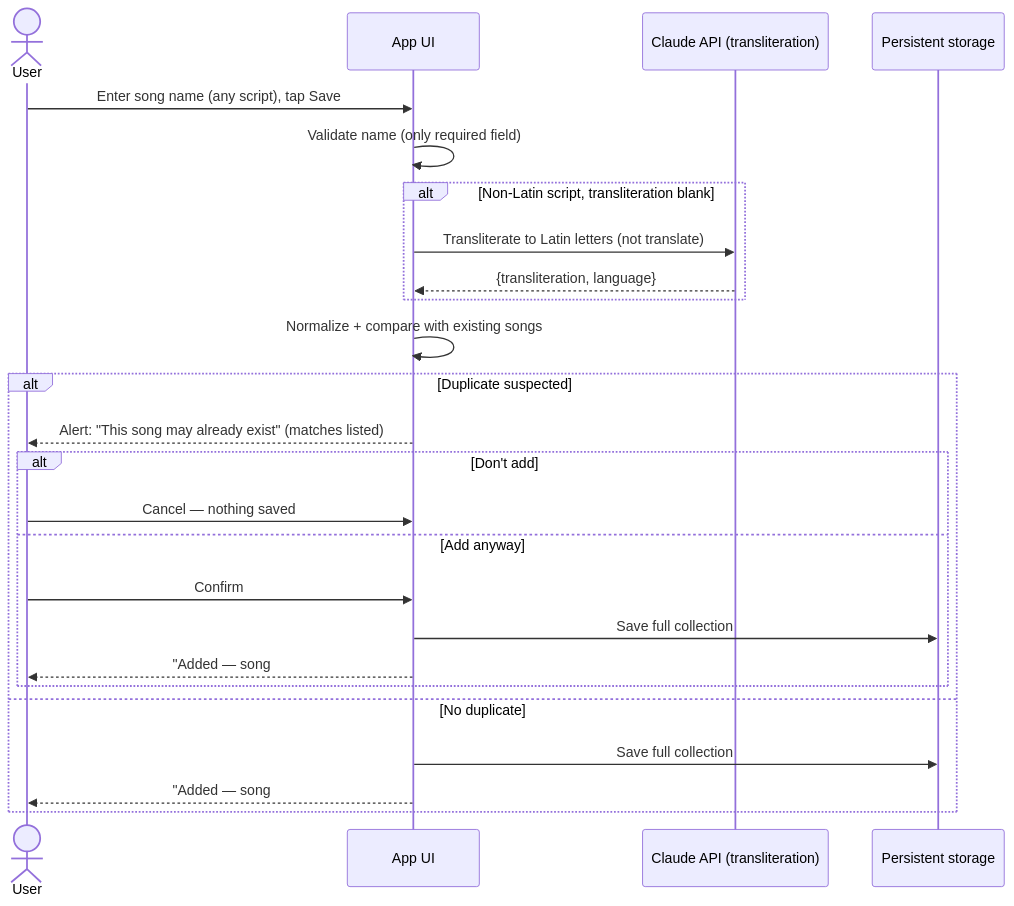
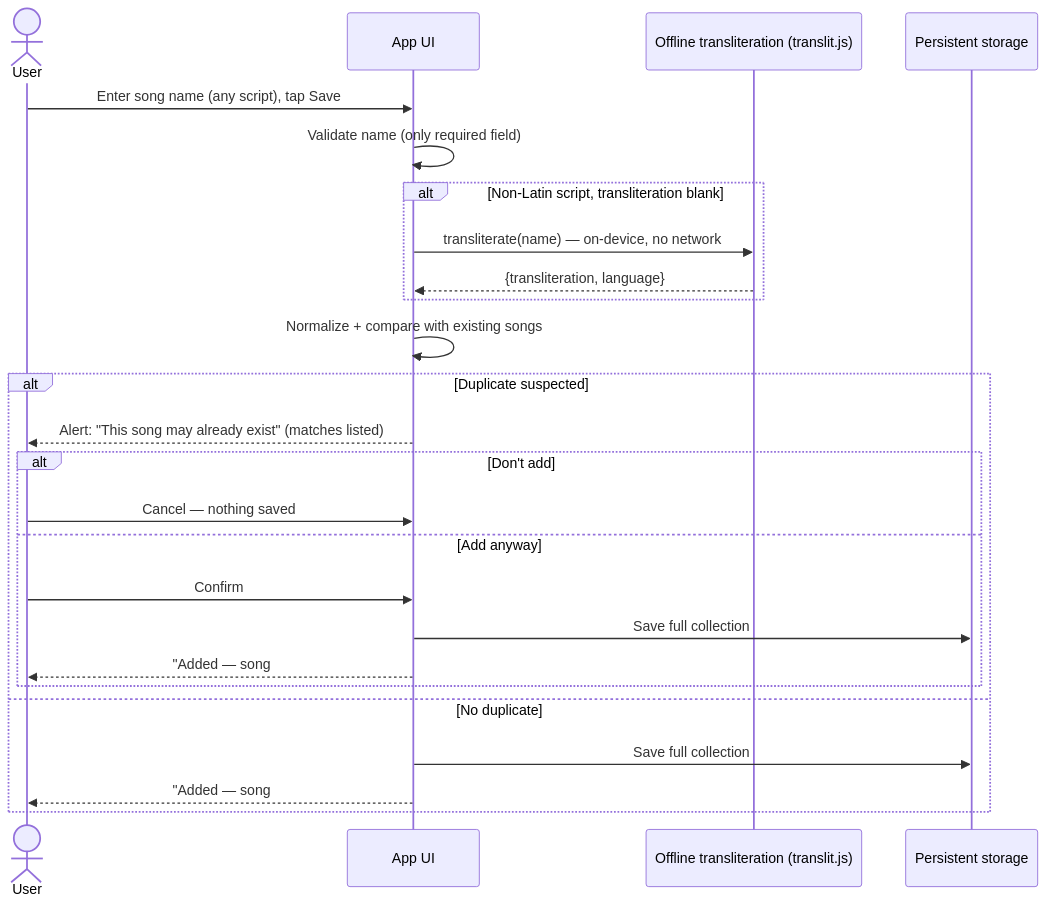
One commit to sathyaincampus/paadal-pettagam changed the diagram in docs/add-song-flow.mermaid. Above: the diagram before and after it, drawn with Mermaid. The commit also changed 5 other files, not shown here.

First line of the commit message:
Go fully offline: replace API transliteration with built-in rule-based engine

```diff
--- a/docs/add-song-flow.mermaid
+++ b/docs/add-song-flow.mermaid
@@ -1,26 +1,26 @@
 sequenceDiagram
     actor U as User
     participant UI as App UI
-    participant T as Claude API (transliteration)
+    participant T as Offline transliteration (translit.js)
     participant S as Persistent storage
 
     U->>UI: Enter song name (any script), tap Save
     UI->>UI: Validate name (only required field)
     alt Non-Latin script, transliteration blank
-        UI->>T: Transliterate to Latin letters (not translate)
+        UI->>T: transliterate(name) — on-device, no network
         T-->>UI: {transliteration, language}
     end
     UI->>UI: Normalize + compare with existing songs
     alt Duplicate suspected
         UI-->>U: Alert: "This song may already exist" (matches listed)
         alt Don't add
             U->>UI: Cancel — nothing saved
         else Add anyway
             U->>UI: Confirm
             UI->>S: Save full collection
             UI-->>U: "Added — song #N in the book."
         end
     else No duplicate
         UI->>S: Save full collection
         UI-->>U: "Added — song #N in the book."
     end
```
